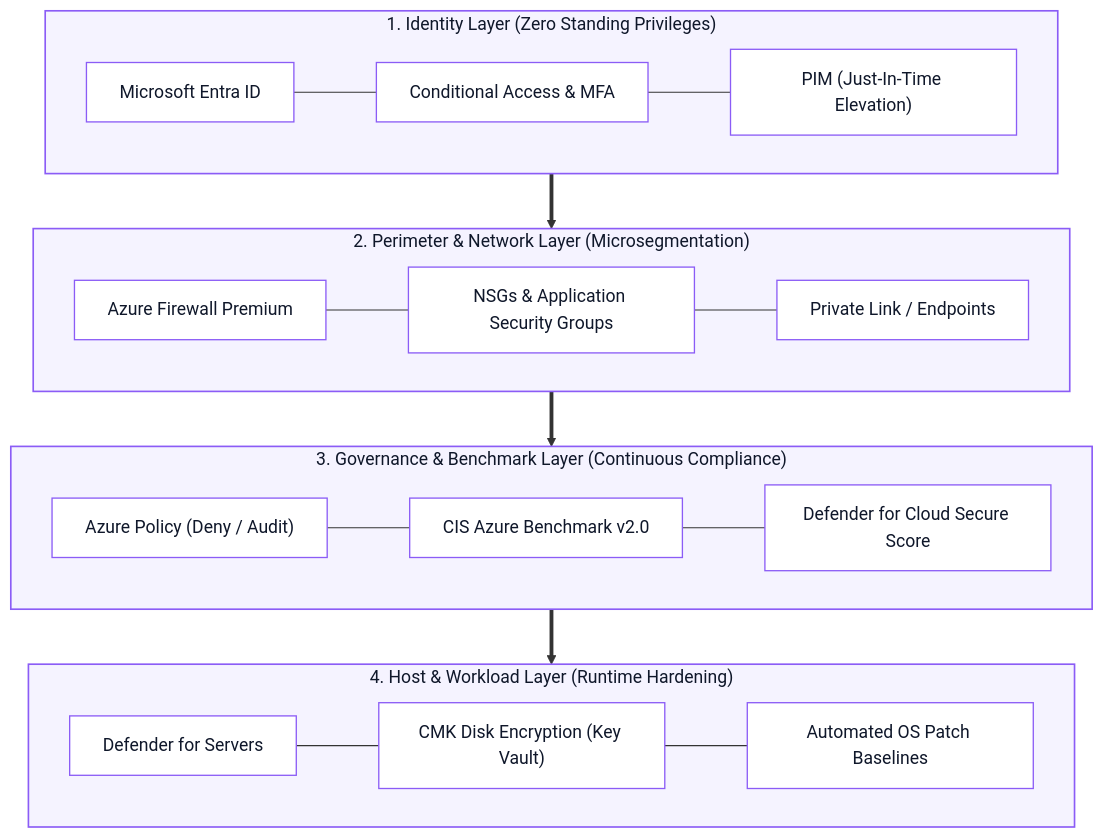
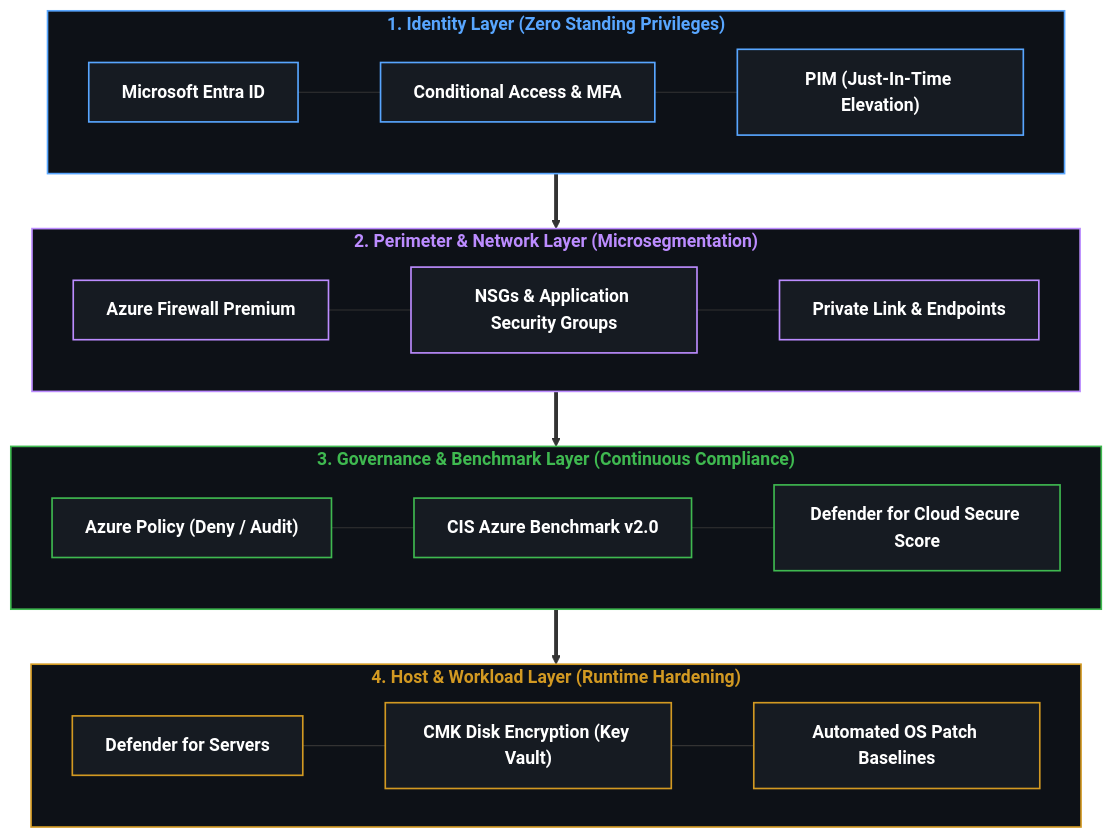
One commit to Ankitasingh-singh/Ankitasingh-singh changed the sixth of 10 diagrams in README.md. Above: the diagram before and after it, drawn with Mermaid. The commit also changed other lines of this file, not shown here.

Commit message:
style: update mermaid diagram text and node styling for dark mode in README

````diff
--- a/README.md
+++ b/README.md
@@ -411,38 +411,38 @@
 ```mermaid
 flowchart TD
-    subgraph Layer1["1. Identity Layer (Zero Standing Privileges)"]
-        ID1["Microsoft Entra ID"] --- ID2["Conditional Access & MFA"] --- ID3["PIM (Just-In-Time Elevation)"]
+    subgraph Layer1["<b><font color='#58a6ff'>1. Identity Layer (Zero Standing Privileges)</font></b>"]
+        ID1["<b><font color='#ffffff'>Microsoft Entra ID</font></b>"] --- ID2["<b><font color='#ffffff'>Conditional Access & MFA</font></b>"] --- ID3["<b><font color='#ffffff'>PIM (Just-In-Time Elevation)</font></b>"]
     end
 
-    subgraph Layer2["2. Perimeter & Network Layer (Microsegmentation)"]
-        NET1["Azure Firewall Premium"] --- NET2["NSGs & Application Security Groups"] --- NET3["Private Link / Endpoints"]
+    subgraph Layer2["<b><font color='#bc8cff'>2. Perimeter & Network Layer (Microsegmentation)</font></b>"]
+        NET1["<b><font color='#ffffff'>Azure Firewall Premium</font></b>"] --- NET2["<b><font color='#ffffff'>NSGs & Application Security Groups</font></b>"] --- NET3["<b><font color='#ffffff'>Private Link & Endpoints</font></b>"]
     end
 
-    subgraph Layer3["3. Governance & Benchmark Layer (Continuous Compliance)"]
-        GOV1["Azure Policy (Deny / Audit)"] --- GOV2["CIS Azure Benchmark v2.0"] --- GOV3["Defender for Cloud Secure Score"]
+    subgraph Layer3["<b><font color='#3fb950'>3. Governance & Benchmark Layer (Continuous Compliance)</font></b>"]
+        GOV1["<b><font color='#ffffff'>Azure Policy (Deny / Audit)</font></b>"] --- GOV2["<b><font color='#ffffff'>CIS Azure Benchmark v2.0</font></b>"] --- GOV3["<b><font color='#ffffff'>Defender for Cloud Secure Score</font></b>"]
     end
 
-    subgraph Layer4["4. Host & Workload Layer (Runtime Hardening)"]
-        CMP1["Defender for Servers"] --- CMP2["CMK Disk Encryption (Key Vault)"] --- CMP3["Automated OS Patch Baselines"]
+    subgraph Layer4["<b><font color='#d29922'>4. Host & Workload Layer (Runtime Hardening)</font></b>"]
+        CMP1["<b><font color='#ffffff'>Defender for Servers</font></b>"] --- CMP2["<b><font color='#ffffff'>CMK Disk Encryption (Key Vault)</font></b>"] --- CMP3["<b><font color='#ffffff'>Automated OS Patch Baselines</font></b>"]
     end
 
     Layer1 ==> Layer2 ==> Layer3 ==> Layer4
 
-    style Layer1 fill:#f5f3ff,stroke:#8b5cf6,stroke-width:1.5px,color:#0f172a
-    style Layer2 fill:#f5f3ff,stroke:#8b5cf6,stroke-width:1.5px,color:#0f172a
-    style Layer3 fill:#f5f3ff,stroke:#8b5cf6,stroke-width:1.5px,color:#0f172a
-    style Layer4 fill:#f5f3ff,stroke:#8b5cf6,stroke-width:1.5px,color:#0f172a
+    style Layer1 fill:#0d1117,stroke:#58a6ff,stroke-width:1.5px
+    style Layer2 fill:#0d1117,stroke:#bc8cff,stroke-width:1.5px
+    style Layer3 fill:#0d1117,stroke:#3fb950,stroke-width:1.5px
+    style Layer4 fill:#0d1117,stroke:#d29922,stroke-width:1.5px
 
-    style ID1 fill:#ffffff,stroke:#8b5cf6,stroke-width:1.2px,color:#0f172a
-    style ID2 fill:#ffffff,stroke:#8b5cf6,stroke-width:1.2px,color:#0f172a
-    style ID3 fill:#ffffff,stroke:#8b5cf6,stroke-width:1.2px,color:#0f172a
-    style NET1 fill:#ffffff,stroke:#8b5cf6,stroke-width:1.2px,color:#0f172a
-    style NET2 fill:#ffffff,stroke:#8b5cf6,stroke-width:1.2px,color:#0f172a
-    style NET3 fill:#ffffff,stroke:#8b5cf6,stroke-width:1.2px,color:#0f172a
-    style GOV1 fill:#ffffff,stroke:#8b5cf6,stroke-width:1.2px,color:#0f172a
-    style GOV2 fill:#ffffff,stroke:#8b5cf6,stroke-width:1.2px,color:#0f172a
-    style GOV3 fill:#ffffff,stroke:#8b5cf6,stroke-width:1.2px,color:#0f172a
-    style CMP1 fill:#ffffff,stroke:#8b5cf6,stroke-width:1.2px,color:#0f172a
-    style CMP2 fill:#ffffff,stroke:#8b5cf6,stroke-width:1.2px,color:#0f172a
-    style CMP3 fill:#ffffff,stroke:#8b5cf6,stroke-width:1.2px,color:#0f172a
+    style ID1 fill:#161b22,stroke:#58a6ff,stroke-width:1.5px
+    style ID2 fill:#161b22,stroke:#58a6ff,stroke-width:1.5px
+    style ID3 fill:#161b22,stroke:#58a6ff,stroke-width:1.5px
+    style NET1 fill:#161b22,stroke:#bc8cff,stroke-width:1.5px
+    style NET2 fill:#161b22,stroke:#bc8cff,stroke-width:1.5px
+    style NET3 fill:#161b22,stroke:#bc8cff,stroke-width:1.5px
+    style GOV1 fill:#161b22,stroke:#3fb950,stroke-width:1.5px
+    style GOV2 fill:#161b22,stroke:#3fb950,stroke-width:1.5px
+    style GOV3 fill:#161b22,stroke:#3fb950,stroke-width:1.5px
+    style CMP1 fill:#161b22,stroke:#d29922,stroke-width:1.5px
+    style CMP2 fill:#161b22,stroke:#d29922,stroke-width:1.5px
+    style CMP3 fill:#161b22,stroke:#d29922,stroke-width:1.5px
 ```
````
